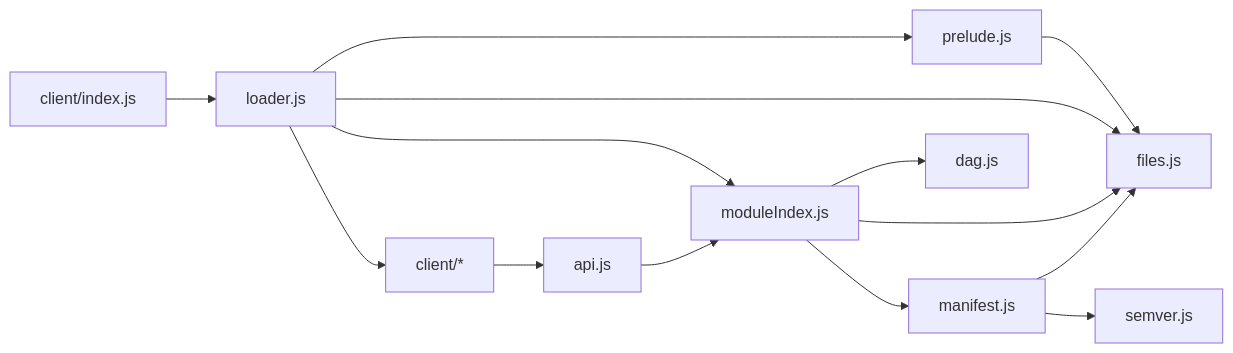
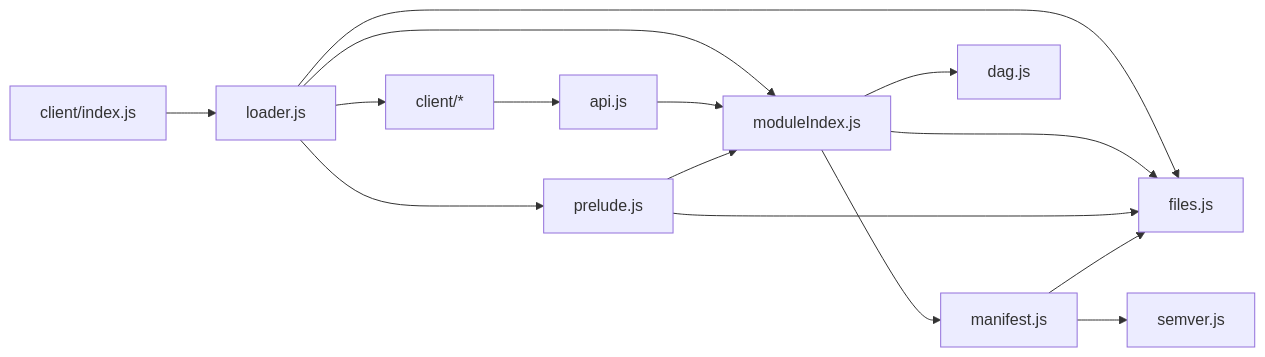
One commit to FabricCore/package-bootstrap changed the diagram in README.md. Above: the diagram before and after it, drawn with Mermaid.

Commit message:
updated dependency graph

````diff
--- a/README.md
+++ b/README.md
@@ -52,20 +52,21 @@
 ```mermaid
 ---
 config:
 ---
 
 flowchart LR
-prelude.js --> files.js
 client/index.js --> loader.js
 loader.js --> client/*
 loader.js --> files.js
 loader.js --> prelude.js
 loader.js --> moduleIndex.js
 client/* --> api.js
 api.js --> moduleIndex.js
 moduleIndex.js --> files.js
 moduleIndex.js --> manifest.js
+prelude.js --> files.js
+prelude.js --> moduleIndex.js
 manifest.js --> semver.js
 manifest.js --> files.js
 moduleIndex.js --> dag.js
 ```
````
